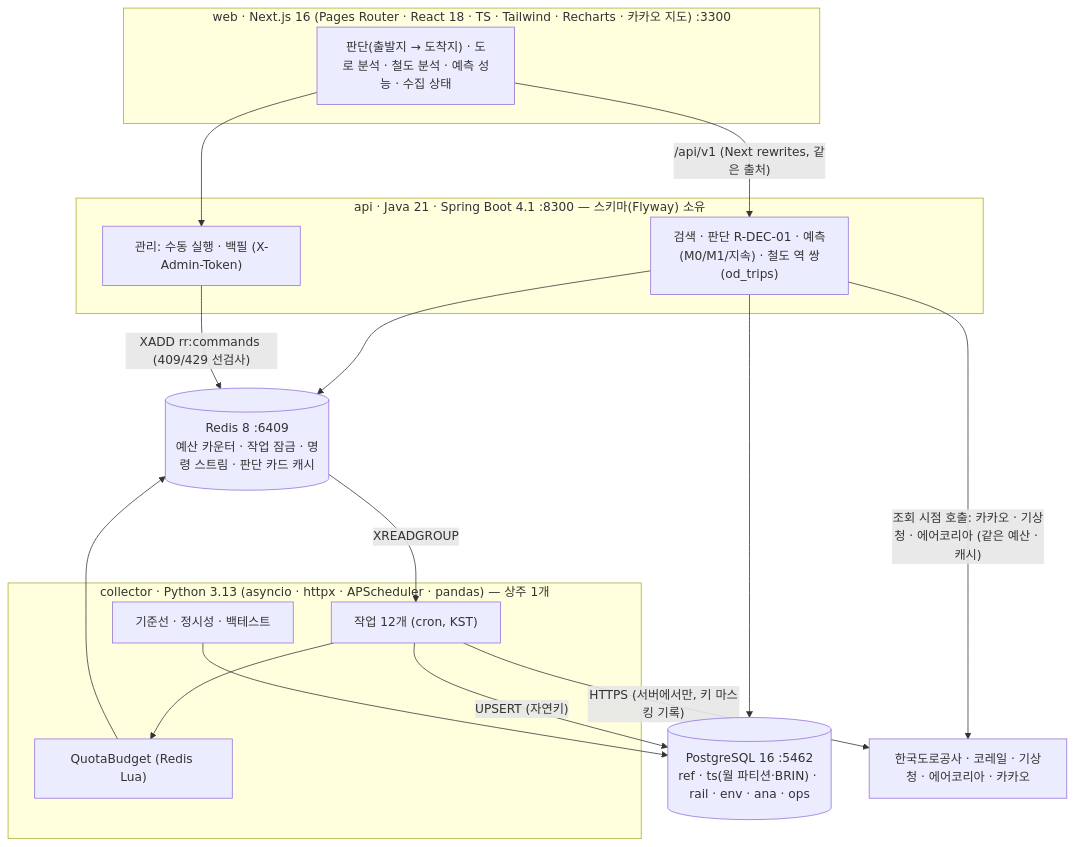
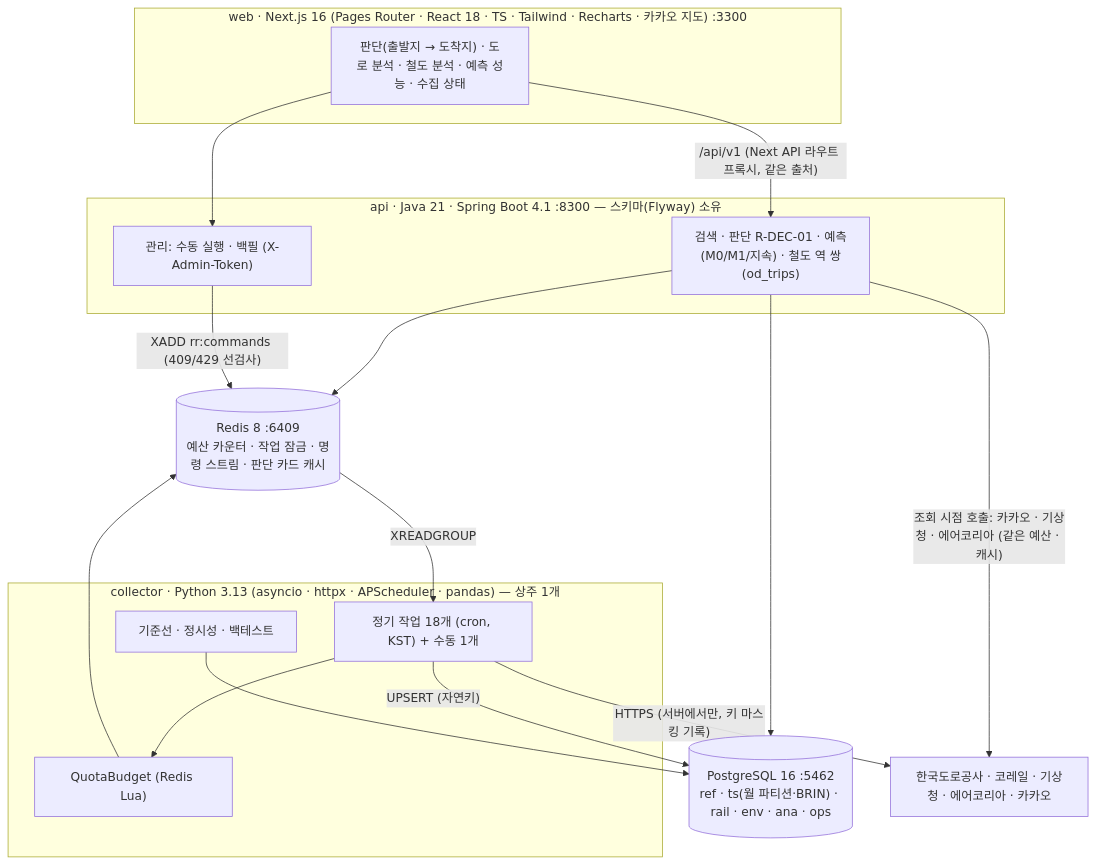
One commit to Jinyoung-Kang/roadrail changed the first of 2 diagrams in README.md. Above: the diagram before and after it, drawn with Mermaid. The commit also changed other lines of this file and 3 other files, not shown here.

Commit message:
docs: README 숫자를 실제와 맞춤(검증 기록 110 · 작업 18+1 · ADR 30 · API 표 번호 · 프록시) · VERIFICATION 110 · T-v1 이름 구분

````diff
--- a/README.md
+++ b/README.md
@@ -111,30 +111,30 @@
 ```mermaid
 flowchart TB
   subgraph web["web · Next.js 16 (Pages Router · React 18 · TS · Tailwind · Recharts · 카카오 지도) :3300"]
     pages["판단(출발지 → 도착지) · 도로 분석 · 철도 분석 · 예측 성능 · 수집 상태"]
   end
   subgraph api["api · Java 21 · Spring Boot 4.1 :8300 — 스키마(Flyway) 소유"]
     q["검색 · 판단 R-DEC-01 · 예측(M0/M1/지속) · 철도 역 쌍(od_trips)"]
     adm["관리: 수동 실행 · 백필 (X-Admin-Token)"]
   end
   subgraph col["collector · Python 3.13 (asyncio · httpx · APScheduler · pandas) — 상주 1개"]
-    jobs["작업 12개 (cron, KST)"]
+    jobs["정기 작업 18개 (cron, KST) + 수동 1개"]
     quota["QuotaBudget (Redis Lua)"]
     ana["기준선 · 정시성 · 백테스트"]
   end
   pg[("PostgreSQL 16 :5462<br/>ref · ts(월 파티션·BRIN) · rail · env · ana · ops")]
   rd[("Redis 8 :6409<br/>예산 카운터 · 작업 잠금 · 명령 스트림 · 판단 카드 캐시")]
   ext["한국도로공사 · 코레일 · 기상청 · 에어코리아 · 카카오"]
 
-  pages -- "/api/v1 (Next rewrites, 같은 출처)" --> q
+  pages -- "/api/v1 (Next API 라우트 프록시, 같은 출처)" --> q
   pages --> adm
   q --> pg
   q --> rd
   adm -- "XADD rr:commands (409/429 선검사)" --> rd
   rd -- "XREADGROUP" --> jobs
   jobs --> quota --> rd
   jobs -- "HTTPS (서버에서만, 키 마스킹 기록)" --> ext
   q -- "조회 시점 호출: 카카오 · 기상청 · 에어코리아 (같은 예산 · 캐시)" --> ext
   jobs -- "UPSERT (자연키)" --> pg
   ana --> pg
 ```
````
